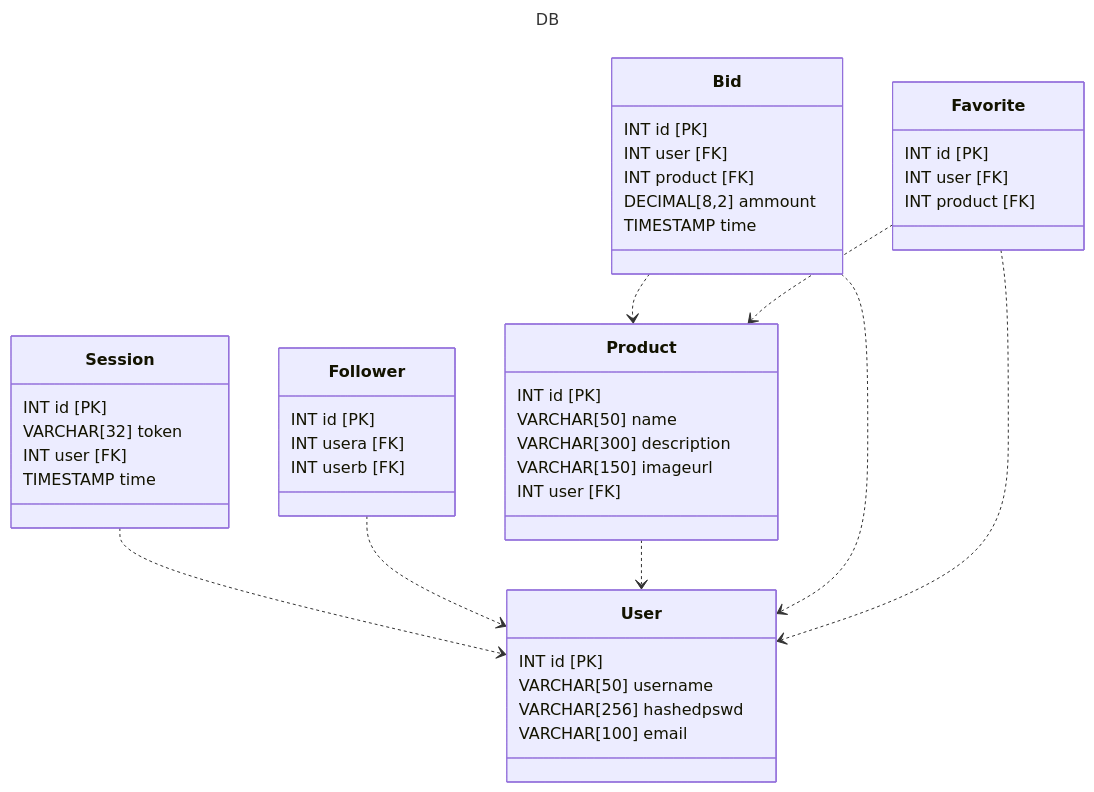
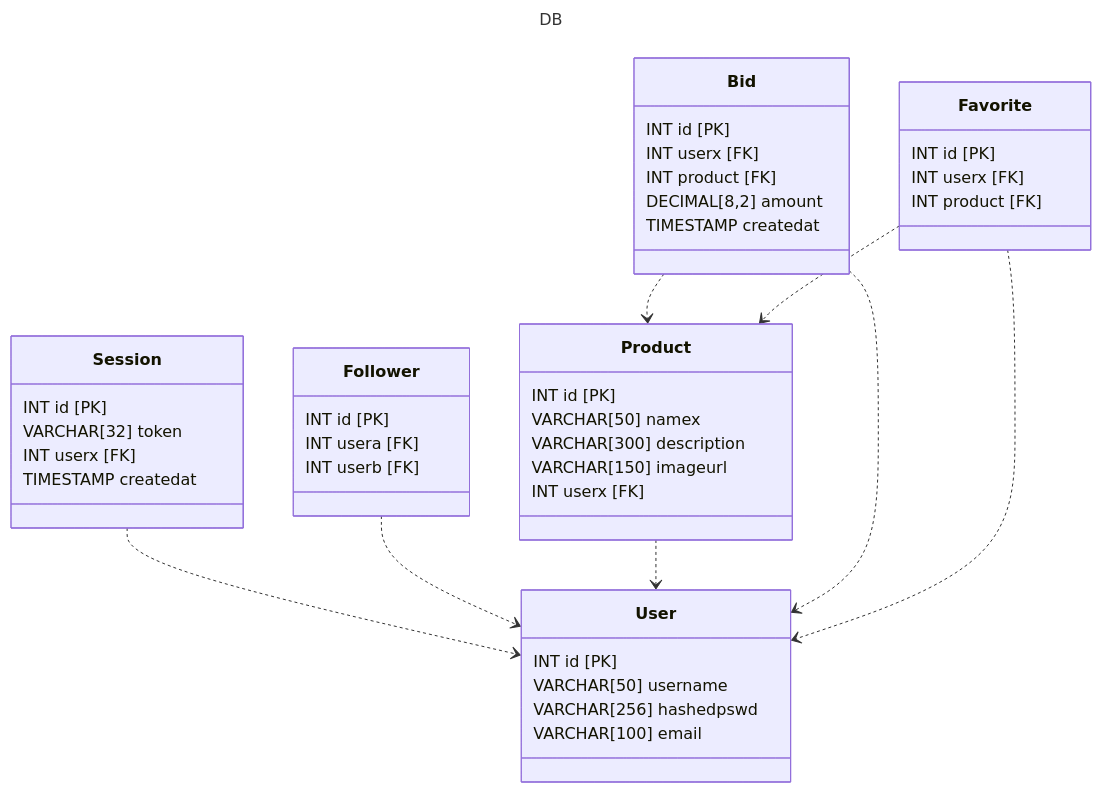
Before and after one commit to miguel010939/go-back-project: the second of 2 diagrams in memoria/memoria.md, drawn with Mermaid. The commit also changed other lines of this file and 5 other files, not shown here.

````diff
--- a/memoria/memoria.md
+++ b/memoria/memoria.md
@@ -50,50 +50,50 @@
 ```mermaid
 ---
 title: DB
 ---
 classDiagram
     Session ..> User
     Follower ..> User
     Product ..> User
     Bid ..> User
     Favorite ..> User
     Bid ..> Product
     Favorite ..> Product
     class User{
         INT id [PK]
         VARCHAR[50] username
         VARCHAR[256] hashedpswd
         VARCHAR[100] email
     }
     class Session{
         INT id [PK]
         VARCHAR[32] token
-        INT user [FK]
-        TIMESTAMP time
+        INT userx [FK]
+        TIMESTAMP createdat
     }
     class Follower{
         INT id [PK]
         INT usera [FK]
         INT userb [FK]
     }
     class Product{
         INT id [PK]
-        VARCHAR[50] name
+        VARCHAR[50] namex
         VARCHAR[300] description
         VARCHAR[150] imageurl
-        INT user [FK]
+        INT userx [FK]
     }
     class Bid{
         INT id [PK]
-        INT user [FK]
+        INT userx [FK]
         INT product [FK]
-        DECIMAL[8,2] ammount 
-        TIMESTAMP time
+        DECIMAL[8,2] amount 
+        TIMESTAMP createdat
     }
     class Favorite{
         INT id [PK]
-        INT user [FK]
+        INT userx [FK]
         INT product [FK]
         
     }
 ```
````
